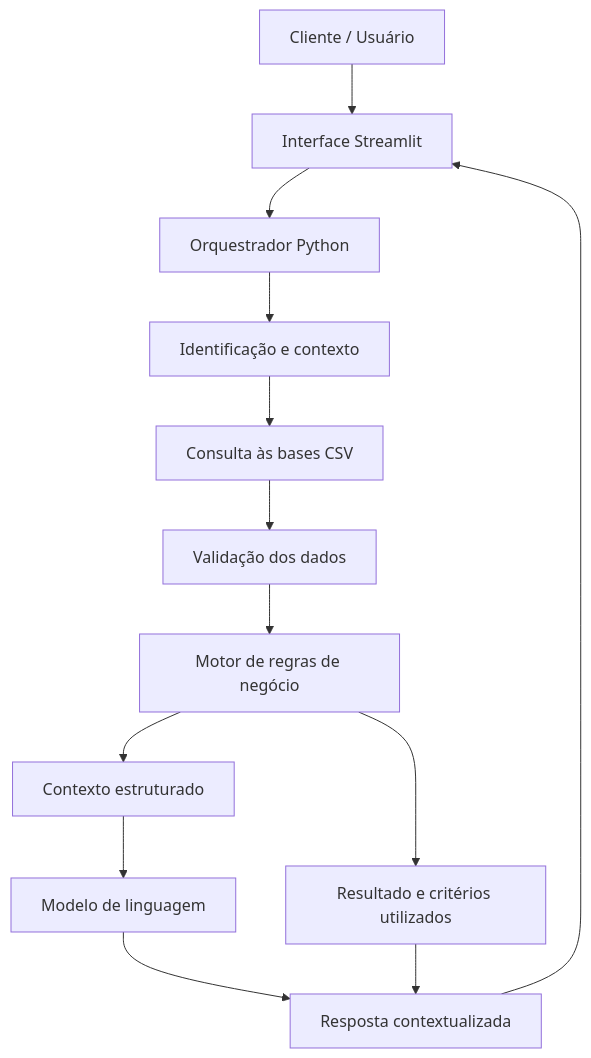
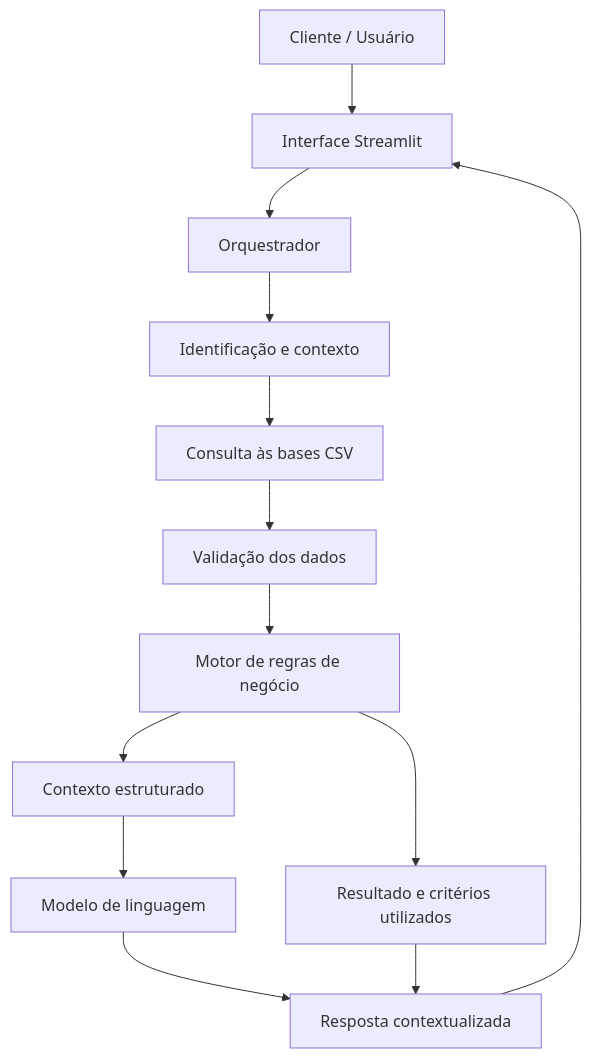
One commit to marcosr07/Nero-Assistente-de-Credito-Virtual changed the diagram in README.md. Above: the diagram before and after it, drawn with Mermaid. The commit also changed other lines of this file, not shown here.

````diff
--- a/README.md
+++ b/README.md
@@ -62,15 +62,15 @@
 ```mermaid
 flowchart TD
     A[Cliente / Usuário] --> B[Interface Streamlit]
-    B --> C[Orquestrador Python]
+    B --> C[Orquestrador]
     C --> D[Identificação e contexto]
     D --> E[Consulta às bases CSV]
     E --> F[Validação dos dados]
     F --> G[Motor de regras de negócio]
     G --> H[Contexto estruturado]
     H --> I[Modelo de linguagem]
     I --> J[Resposta contextualizada]
     J --> B
     G --> K[Resultado e critérios utilizados]
     K --> J
 ```
````
